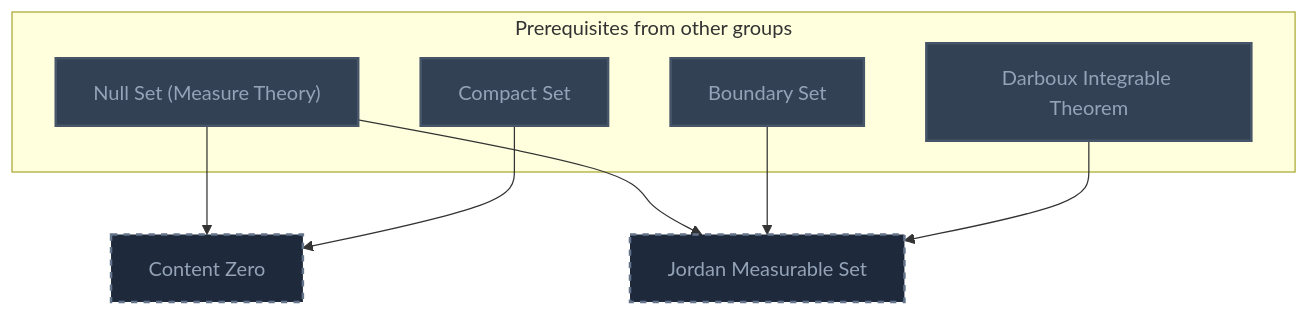
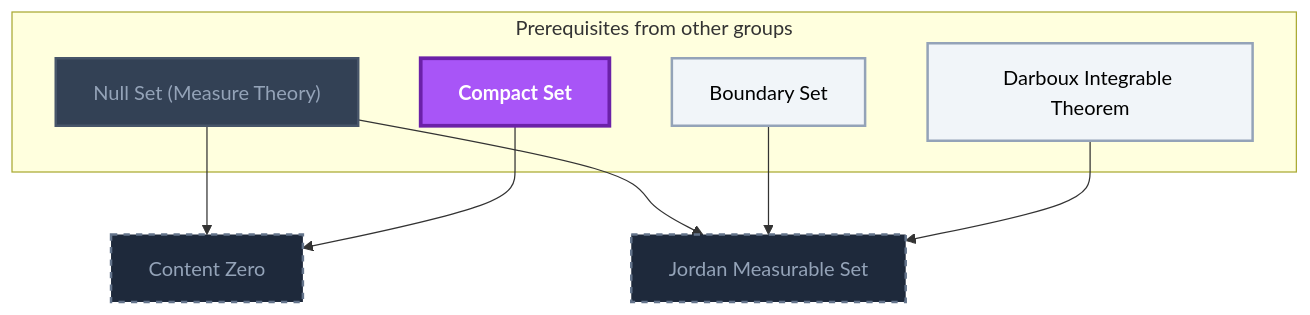
Diagram 19 of 22 in Gamification/Skill Trees/Real Analysis.md (MRauf1/My-Notes), drawn with Mermaid before and after one commit. The commit also changed other lines of this file and 145 other files, not shown here.

````diff
--- a/Gamification/Skill Trees/Real Analysis.md
+++ b/Gamification/Skill Trees/Real Analysis.md
@@ -1406,28 +1446,30 @@
 ```mermaid
 flowchart TD
     classDef planned fill:#1E293B,stroke:#64748B,stroke-width:2px,stroke-dasharray:5 5,color:#94A3B8;
     classDef locked fill:#334155,stroke:#475569,stroke-width:2px,color:#94A3B8;
     classDef L0 fill:#F1F5F9,stroke:#94A3B8,stroke-width:2px,color:#000000;
     classDef L1 fill:#22C55E,stroke:#15803D,stroke-width:2px,color:#000000;
     classDef L2 fill:#3B82F6,stroke:#1D4ED8,stroke-width:3px,color:#FFFFFF;
     classDef L3 fill:#A855F7,stroke:#6B21A8,stroke-width:3px,color:#FFFFFF,font-weight:bold;
     classDef L4 fill:#F97316,stroke:#C2410C,stroke-width:4px,color:#000000,font-weight:bold;
     classDef L5 fill:#FFD700,stroke:#FF8C00,stroke-width:5px,color:#000000,font-weight:bold;
     classDef rusty stroke:#8B4513,stroke-width:4px,stroke-dasharray:3 3;
     subgraph sg_prereqs["Prerequisites from other groups"]
         n_null_set_measure_theory["Null Set (Measure Theory)"]
         n_compact_set["Compact Set"]
         n_boundary_set["Boundary Set"]
         n_darboux_integrable_theorem["Darboux Integrable Theorem"]
     end
     n_content_zero["Content Zero"]
     n_jordan_measurable_set["Jordan Measurable Set"]
     n_null_set_measure_theory --> n_content_zero
     n_compact_set --> n_content_zero
     n_null_set_measure_theory --> n_jordan_measurable_set
     n_boundary_set --> n_jordan_measurable_set
     n_darboux_integrable_theorem --> n_jordan_measurable_set
     class n_content_zero,n_jordan_measurable_set planned;
-    class n_null_set_measure_theory,n_compact_set,n_boundary_set,n_darboux_integrable_theorem locked;
+    class n_null_set_measure_theory locked;
+    class n_boundary_set,n_darboux_integrable_theorem L0;
+    class n_compact_set L3;
     class n_null_set_measure_theory,n_compact_set,n_boundary_set,n_darboux_integrable_theorem internal-link;
 ```
````
